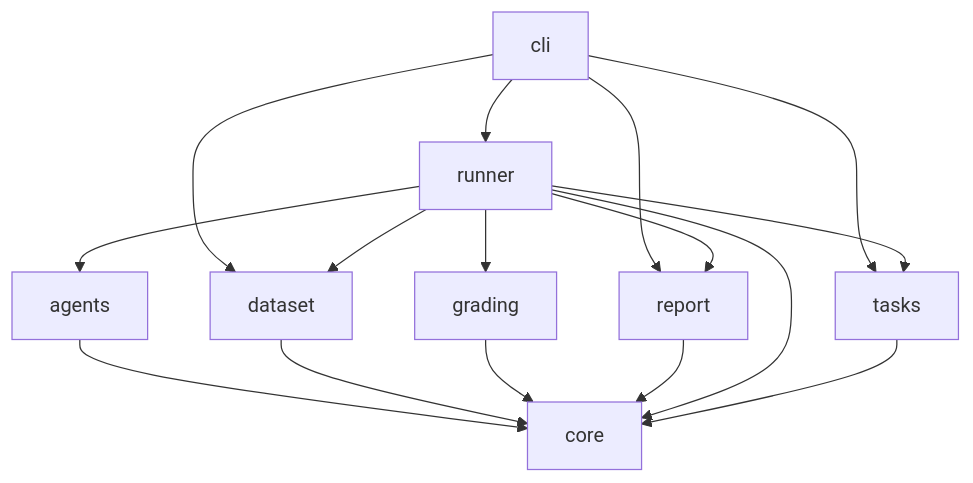
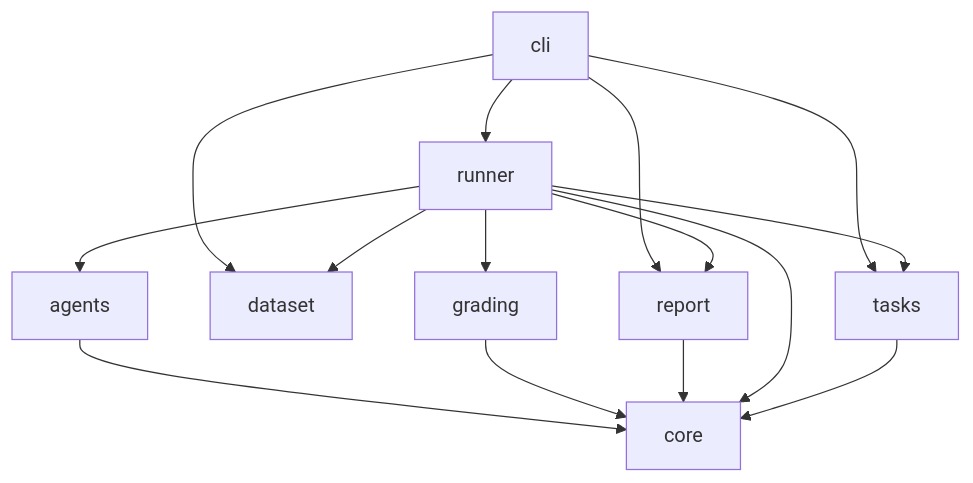
The diagram in architecture/system.arc42.md (MotleyAI/slayer-evals), drawn with Mermaid before and after one commit. The commit also changed 13 other files, not shown here.

````diff
--- a/architecture/system.arc42.md
+++ b/architecture/system.arc42.md
@@ -14,27 +14,26 @@
 ```mermaid
 flowchart TD
   %% python: slayer_evals nodes
   agents["agents"]
   cli["cli"]
   core["core"]
   dataset["dataset"]
   grading["grading"]
   report["report"]
   runner["runner"]
   tasks["tasks"]
   agents --> core
   cli --> dataset
   cli --> report
   cli --> runner
   cli --> tasks
-  dataset --> core
   grading --> core
   report --> core
   runner --> agents
   runner --> core
   runner --> dataset
   runner --> grading
   runner --> report
   runner --> tasks
   tasks --> core
 ```
````
